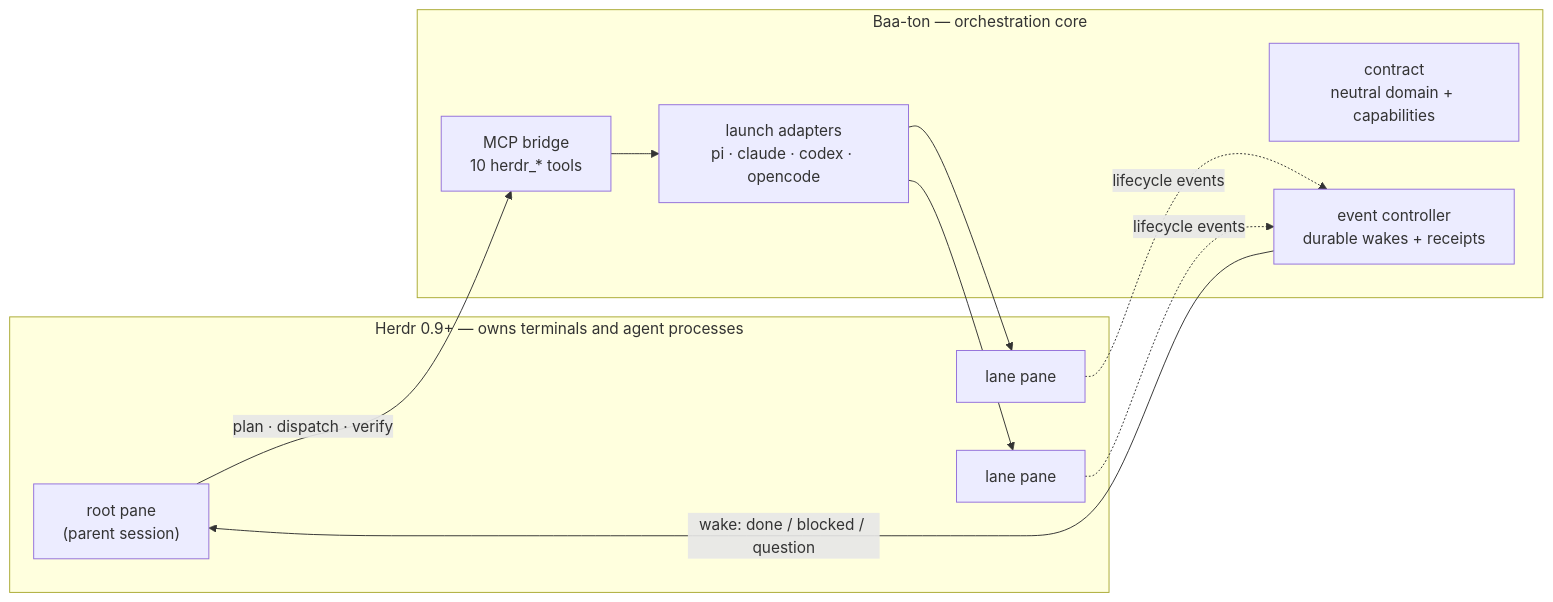
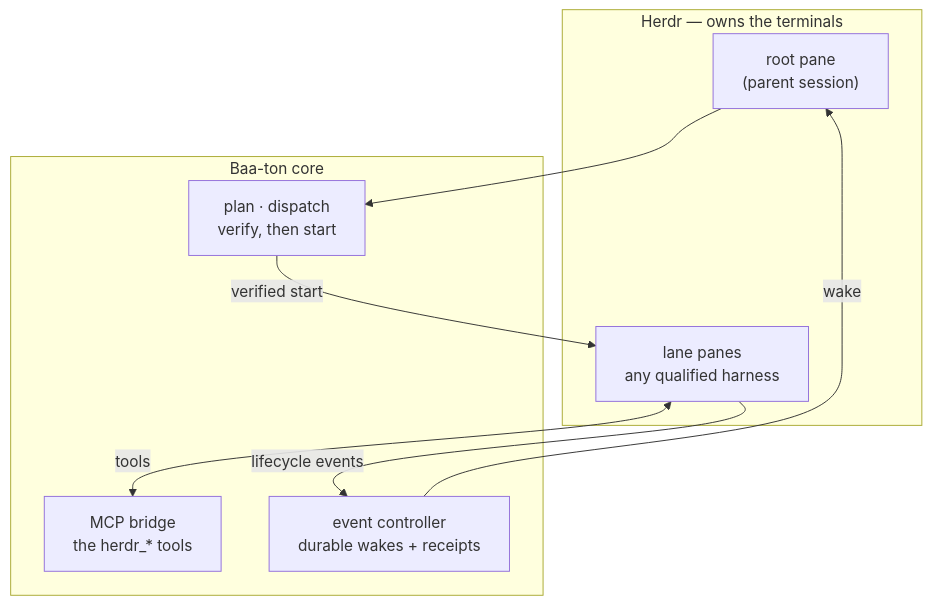
The first of 2 diagrams in README.md (BrandedTamarasu-glitch/baa-ton), drawn with Mermaid before and after one commit. The commit also changed other lines of this file, not shown here.

Commit message:
Simplify the architecture diagram to a readable top-down loop

````diff
--- a/README.md
+++ b/README.md
@@ -34,21 +34,17 @@
 ```mermaid
-flowchart LR
-    subgraph Herdr["Herdr 0.9+ — owns terminals and agent processes"]
-        R["root pane\n(parent session)"]
-        L1["lane pane"]
-        L2["lane pane"]
+flowchart TD
+    subgraph herdr["Herdr — owns the terminals"]
+        R["root pane<br/>(parent session)"]
+        L["lane panes<br/>any qualified harness"]
     end
-    subgraph BaaTon["Baa-ton — orchestration core"]
-        C["contract\nneutral domain + capabilities"]
-        A["launch adapters\npi · claude · codex · opencode"]
-        B["MCP bridge\n10 herdr_* tools"]
-        K["event controller\ndurable wakes + receipts"]
+    subgraph core["Baa-ton core"]
+        P["plan · dispatch<br/>verify, then start"]
+        B["MCP bridge<br/>the herdr_* tools"]
+        K["event controller<br/>durable wakes + receipts"]
     end
-    R -->|"plan · dispatch · verify"| B
-    B --> A
-    A --> L1
-    A --> L2
-    L1 -.->|"lifecycle events"| K
-    L2 -.->|"lifecycle events"| K
-    K -->|"wake: done / blocked / question"| R
+    R --> P
+    P -->|"verified start"| L
+    L <-->|"tools"| B
+    L -->|"lifecycle events"| K
+    K -->|"wake"| R
 ```
````
